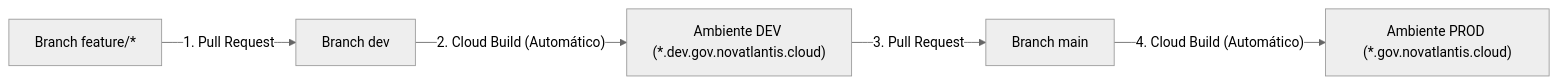
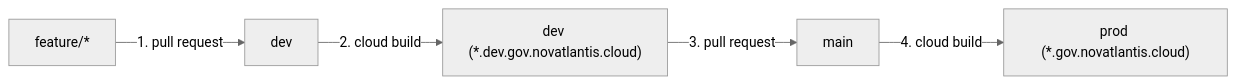
One commit to LATAM-PS-CE-Team/novatlantis-app changed the diagram in docs/ONBOARDING.md. Above: the diagram before and after it, drawn with Mermaid (neutral theme). The commit also changed other lines of this file, not shown here.

````diff
--- a/docs/ONBOARDING.md
+++ b/docs/ONBOARDING.md
@@ -172,7 +184,7 @@
 ```mermaid
 flowchart LR
-  A["Branch feature/*"] -->|"1. Pull Request"| B["Branch dev"]
-  B -->|"2. Cloud Build (Automático)"| C["Ambiente DEV (*.dev.gov.novatlantis.cloud)"]
-  C -->|"3. Pull Request"| D["Branch main"]
-  D -->|"4. Cloud Build (Automático)"| E["Ambiente PROD (*.gov.novatlantis.cloud)"]
+  A["feature/*"] -->|"1. pull request"| B["dev"]
+  B -->|"2. cloud build"| C["dev (*.dev.gov.novatlantis.cloud)"]
+  C -->|"3. pull request"| D["main"]
+  D -->|"4. cloud build"| E["prod (*.gov.novatlantis.cloud)"]
 ```
````
